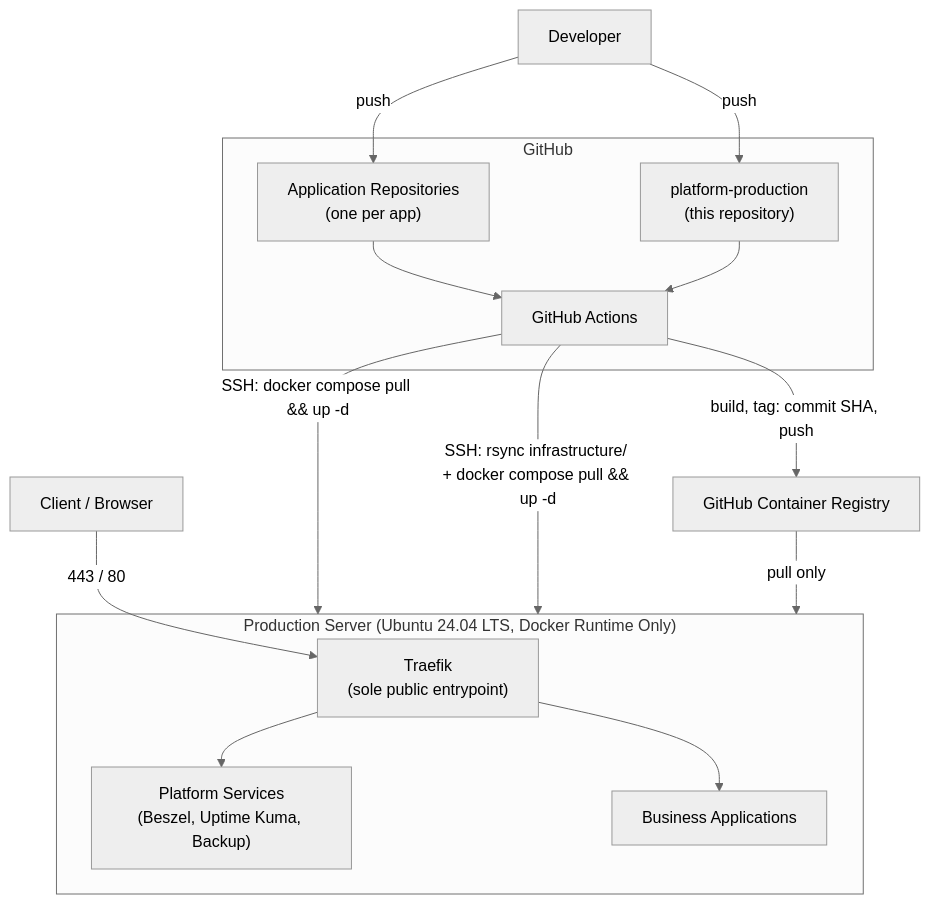
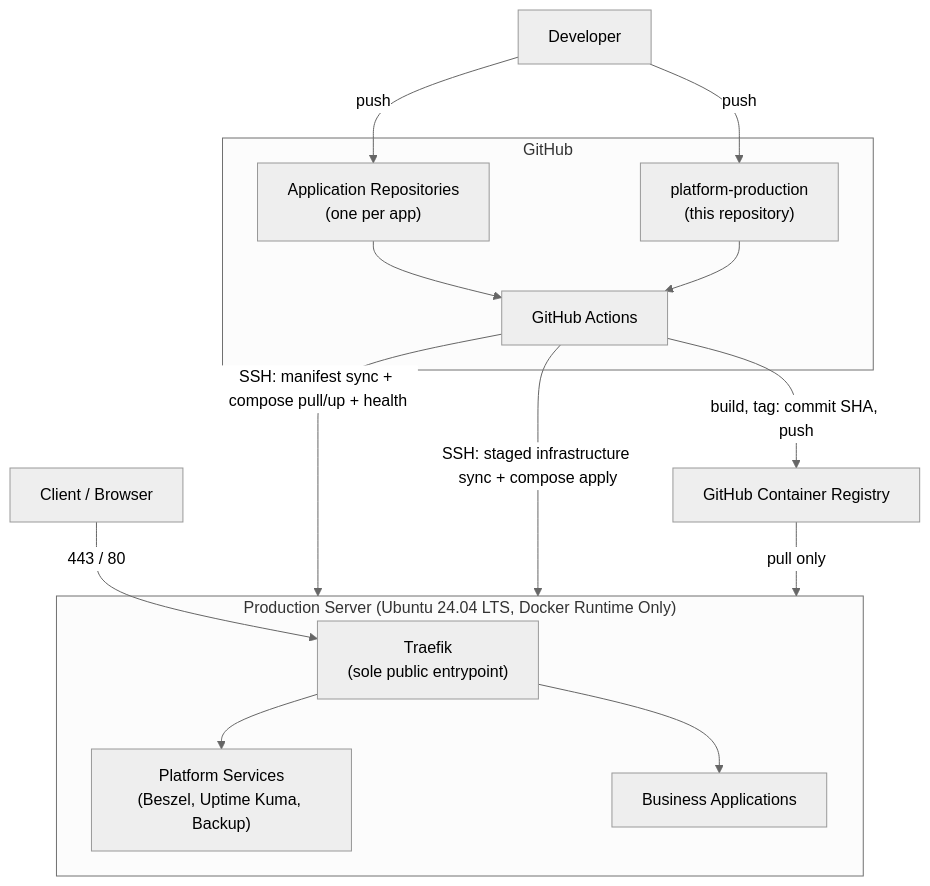
Before and after one commit to Basith-08/platform-production: the diagram in README.md, drawn with Mermaid (neutral theme). The commit also changed other lines of this file and 56 other files, not shown here.

````diff
--- a/README.md
+++ b/README.md
@@ -31,32 +31,32 @@
 ```mermaid
 flowchart TB
     Dev["Developer"]
 
     subgraph GitHub["GitHub"]
         PlatformRepo["platform-production\n(this repository)"]
         AppRepo["Application Repositories\n(one per app)"]
         Actions["GitHub Actions"]
     end
 
     GHCR["GitHub Container Registry"]
 
     subgraph Prod["Production Server (Ubuntu 24.04 LTS, Docker Runtime Only)"]
         Traefik["Traefik\n(sole public entrypoint)"]
         Platform["Platform Services\n(Beszel, Uptime Kuma, Backup)"]
         Apps["Business Applications"]
     end
 
     Client["Client / Browser"]
 
     Dev -->|"push"| AppRepo
     Dev -->|"push"| PlatformRepo
     AppRepo --> Actions
     PlatformRepo --> Actions
     Actions -->|"build, tag: commit SHA, push"| GHCR
-    Actions -->|"SSH: docker compose pull && up -d"| Prod
-    Actions -->|"SSH: rsync infrastructure/ + docker compose pull && up -d"| Prod
+    Actions -->|"SSH: manifest sync + compose pull/up + health"| Prod
+    Actions -->|"SSH: staged infrastructure sync + compose apply"| Prod
     GHCR -->|"pull only"| Prod
     Client -->|"443 / 80"| Traefik
     Traefik --> Apps
     Traefik --> Platform
 ```
````
